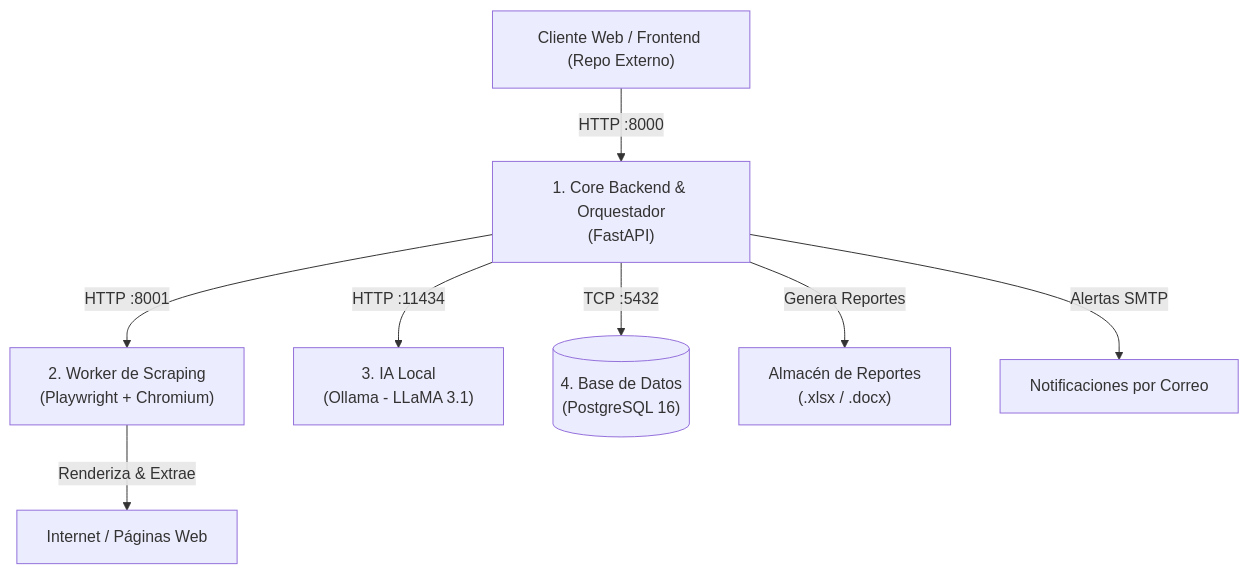
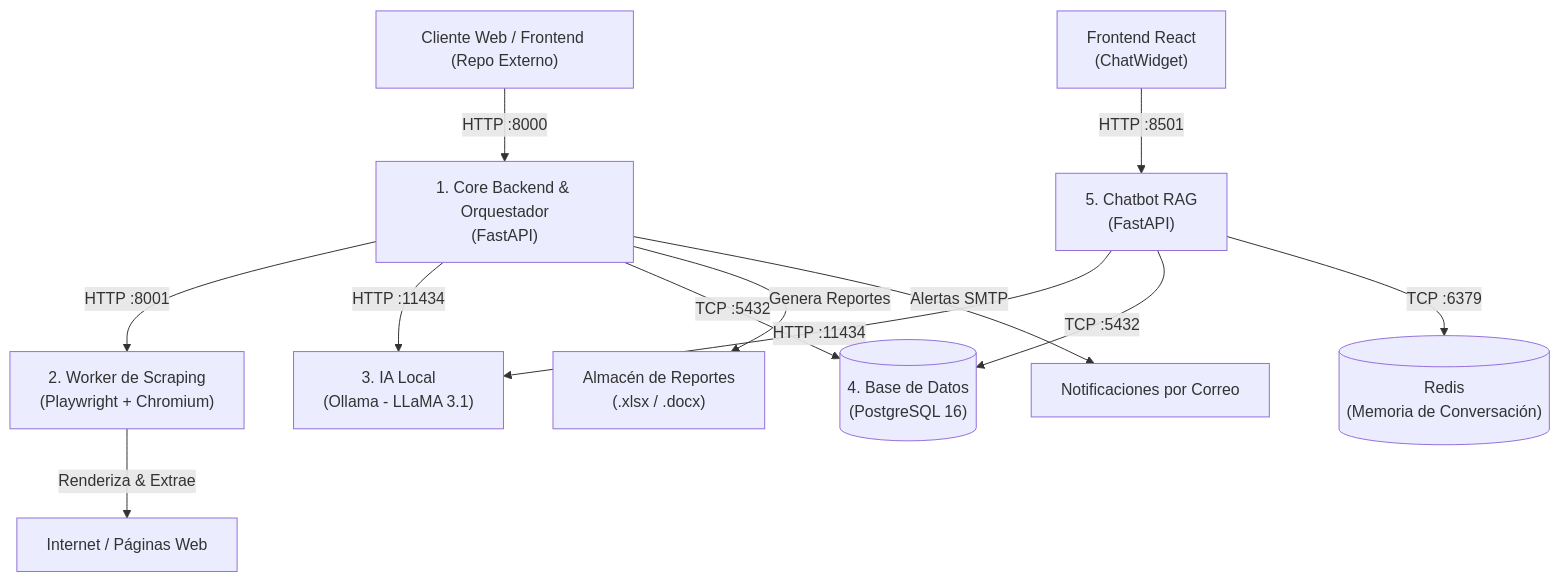
The first of 2 diagrams in README.md (Blackor57/Back-Tics), drawn with Mermaid before and after one commit. The commit also changed other lines of this file and 26 other files, not shown here.

````diff
--- a/README.md
+++ b/README.md
@@ -25,12 +25,16 @@
 ```mermaid
 graph TD
     Client["Cliente Web / Frontend (Repo Externo)"] -->|HTTP :8000| Core["1. Core Backend & Orquestador\n(FastAPI)"]
-    
+
     Core -->|HTTP :8001| Scraper["2. Worker de Scraping\n(Playwright + Chromium)"]
     Core -->|HTTP :11434| Ollama["3. IA Local\n(Ollama - LLaMA 3.1)"]
     Core -->|TCP :5432| DB[("4. Base de Datos\n(PostgreSQL 16)")]
+    Chatbot["5. Chatbot RAG\n(FastAPI)"] -->|HTTP :11434| Ollama
+    Chatbot -->|TCP :5432| DB
+    Chatbot -->|TCP :6379| Redis[("Redis\n(Memoria de Conversación)")]
+    Frontend["Frontend React\n(ChatWidget)"] -->|HTTP :8501| Chatbot
     
     Scraper -->|Renderiza & Extrae| Web["Internet / Páginas Web"]
     Core -->|Genera Reportes| Reports["Almacén de Reportes\n(.xlsx / .docx)"]
     Core -->|Alertas SMTP| Email["Notificaciones por Correo"]
 ```
````
